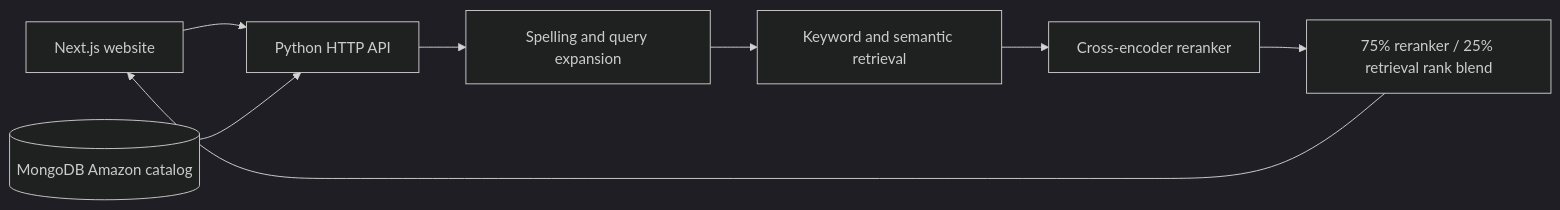
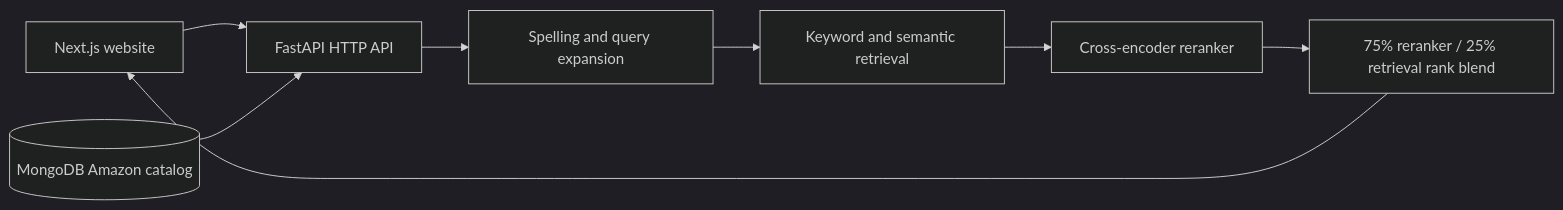
Before and after one commit to Arpitm544/Semantic-Product-Search-Engine: the diagram in docs/architecture.md, drawn with Mermaid (dark theme). The commit also changed other lines of this file and 62 other files, not shown here.

Commit message:
Clean up unused code and simplify backend with FastAPI

````diff
--- a/docs/architecture.md
+++ b/docs/architecture.md
@@ -3,10 +3,10 @@
 ```mermaid
 flowchart LR
-    U[Next.js website] --> A[Python HTTP API]
+    U[Next.js website] --> A[FastAPI HTTP API]
     M[(MongoDB Amazon catalog)] --> A
     A --> S[Spelling and query expansion]
     S --> R[Keyword and semantic retrieval]
     R --> C[Cross-encoder reranker]
     C --> B[75% reranker / 25% retrieval rank blend]
     B --> U
 ```
````
